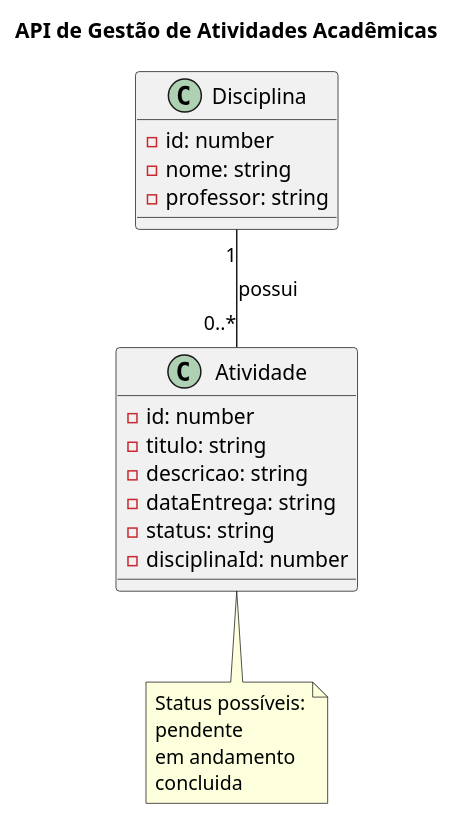
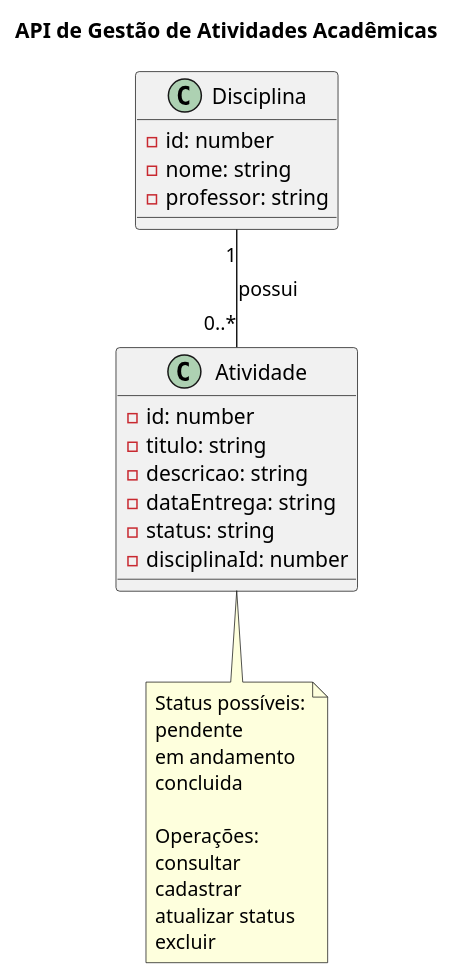
One commit to nicolaskempf/API28-10 changed the diagram in docs/diagrama-classes.puml. Above: the diagram before and after it, drawn with PlantUML.

Commit message:
Atualiza diagrama com operacoes da API

```diff
--- a/docs/diagrama-classes.puml
+++ b/docs/diagrama-classes.puml
@@ -1,27 +1,33 @@
 @startuml
 title API de Gestão de Atividades Acadêmicas
 
 class Disciplina {
   - id: number
   - nome: string
   - professor: string
 }
 
 class Atividade {
   - id: number
   - titulo: string
   - descricao: string
   - dataEntrega: string
   - status: string
   - disciplinaId: number
 }
 
 Disciplina "1" -- "0..*" Atividade : possui
 
 note bottom of Atividade
   Status possíveis:
   pendente
   em andamento
   concluida
+
+  Operações:
+  consultar
+  cadastrar
+  atualizar status
+  excluir
 end note
 @enduml
```
